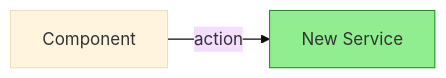
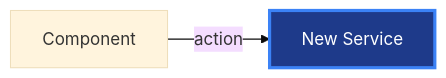
The diagram in .claude/commands/create-pr.md (Smana/cloud-native-ref), drawn with Mermaid (base theme) before and after one commit. The commit also changed 6 other files, not shown here.

````diff
--- a/.claude/commands/create-pr.md
+++ b/.claude/commands/create-pr.md
@@ -36,7 +36,7 @@
 ```mermaid
 flowchart LR
     comp1["Component"]
     comp2["New Service"]:::new
     comp1 -- "action" --> comp2
-    classDef new fill:#90EE90,stroke:#228B22
+    classDef new fill:#1e3a8a,stroke:#3b82f6,stroke-width:3px,color:#fff
 ```
````
